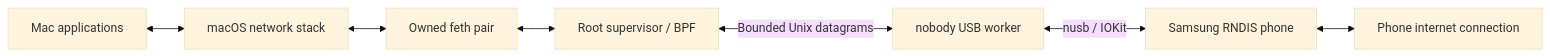
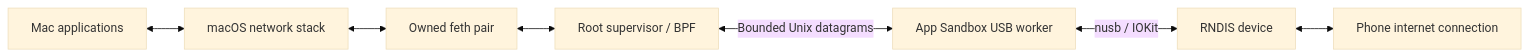
One commit to tkddu1591/galaxybridge changed the diagram in docs/architecture.md. Above: the diagram before and after it, drawn with Mermaid (base theme). The commit also changed other lines of this file and 56 other files, not shown here.

Commit message:
Support manufacturer-neutral RNDIS with sandboxed USB workers and hardened installation

````diff
--- a/docs/architecture.md
+++ b/docs/architecture.md
@@ -3,9 +3,9 @@
 ```mermaid
 flowchart LR
     Apps[Mac applications] <--> Stack[macOS network stack]
     Stack <--> Feth[Owned feth pair]
     Feth <--> Root[Root supervisor / BPF]
-    Root <-->|Bounded Unix datagrams| Worker[nobody USB worker]
-    Worker <-->|nusb / IOKit| Phone[Samsung RNDIS phone]
+    Root <-->|Bounded Unix datagrams| Worker[App Sandbox USB worker]
+    Worker <-->|nusb / IOKit| Phone[RNDIS device]
     Phone <--> Internet[Phone internet connection]
 ```
````
